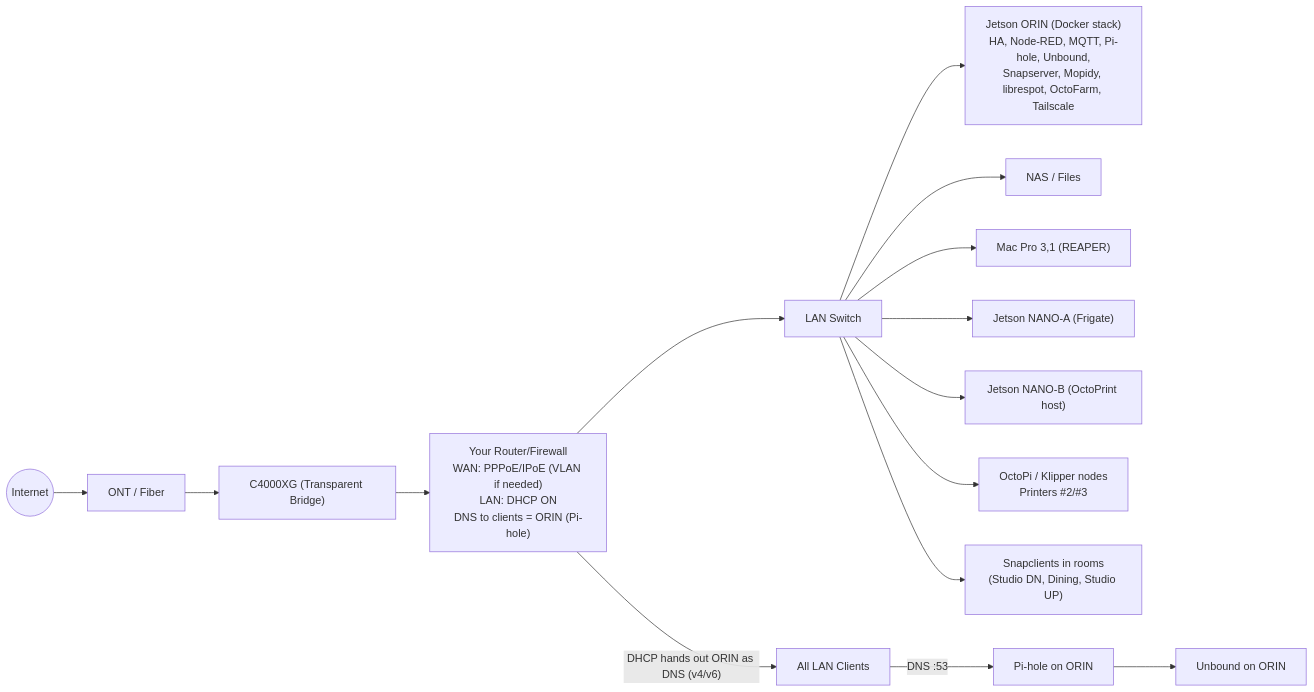
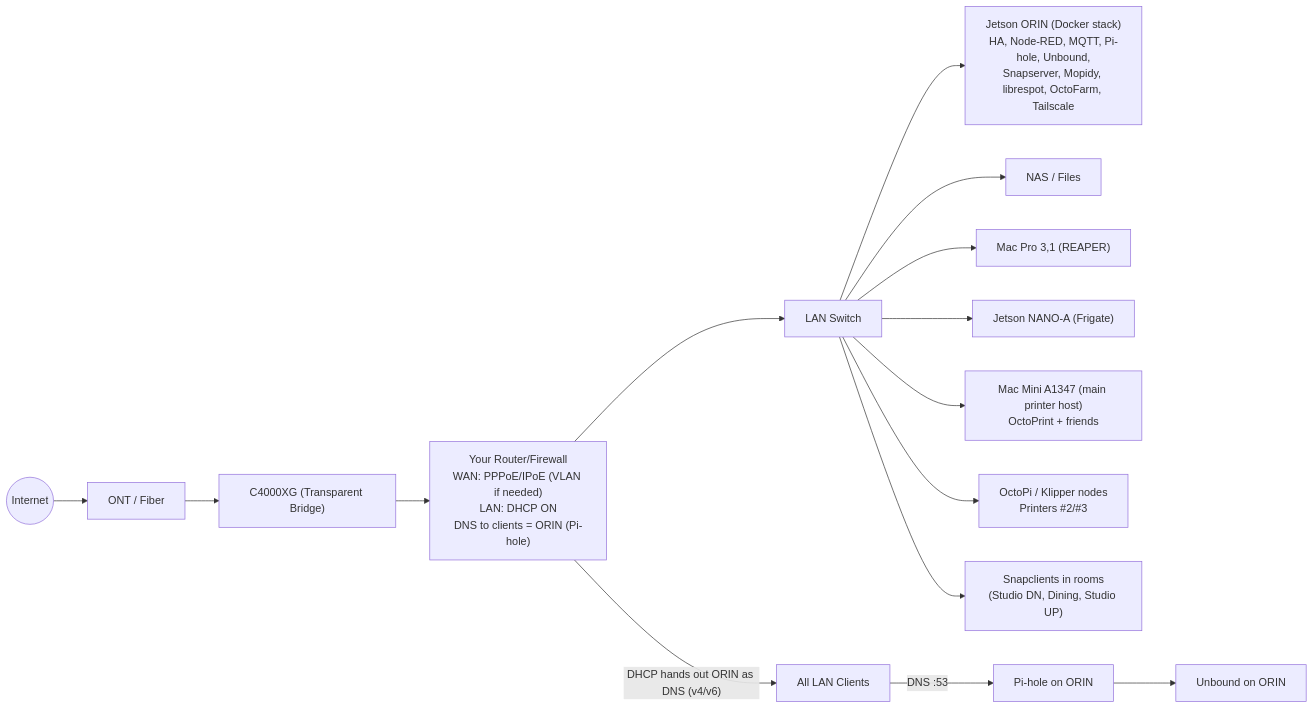
The first of 3 diagrams in README.md (bseverns/homeauto), drawn with Mermaid before and after one commit. The commit also changed other lines of this file and 1 other file, not shown here.

````diff
--- a/README.md
+++ b/README.md
@@ -153,19 +153,19 @@
 ```mermaid
 flowchart LR
   INET(("Internet")) --> ONT["ONT / Fiber"]
   ONT --> BRIDGE["C4000XG (Transparent Bridge)"]
   BRIDGE --> ROUTER["Your Router/Firewall<br/>WAN: PPPoE/IPoE (VLAN if needed)<br/>LAN: DHCP ON<br/>DNS to clients = ORIN (Pi-hole)"]
   ROUTER --> SWITCH["LAN Switch"]
 
   SWITCH --> ORIN["Jetson ORIN (Docker stack)<br/>HA, Node-RED, MQTT, Pi-hole, Unbound,<br/>Snapserver, Mopidy, librespot, OctoFarm, Tailscale"]
   SWITCH --> NAS["NAS / Files"]
   SWITCH --> MACPRO["Mac Pro 3,1 (REAPER)"]
   SWITCH --> NANO_A["Jetson NANO-A (Frigate)"]
-  SWITCH --> NANO_B["Jetson NANO-B (OctoPrint host)"]
+  SWITCH --> MACMINI["Mac Mini A1347 (main printer host)<br/>OctoPrint + friends"]
   SWITCH --> OCTOPI["OctoPi / Klipper nodes<br/>Printers #2/#3"]
   SWITCH --> ROOMS["Snapclients in rooms<br/>(Studio DN, Dining, Studio UP)"]
 
   ROUTER -- "DHCP hands out ORIN as DNS (v4/v6)" --> CLIENTS["All LAN Clients"]
   CLIENTS -->|"DNS :53"| PIHOLE["Pi-hole on ORIN"]
   PIHOLE --> UNBOUND["Unbound on ORIN"]
 ```
````
